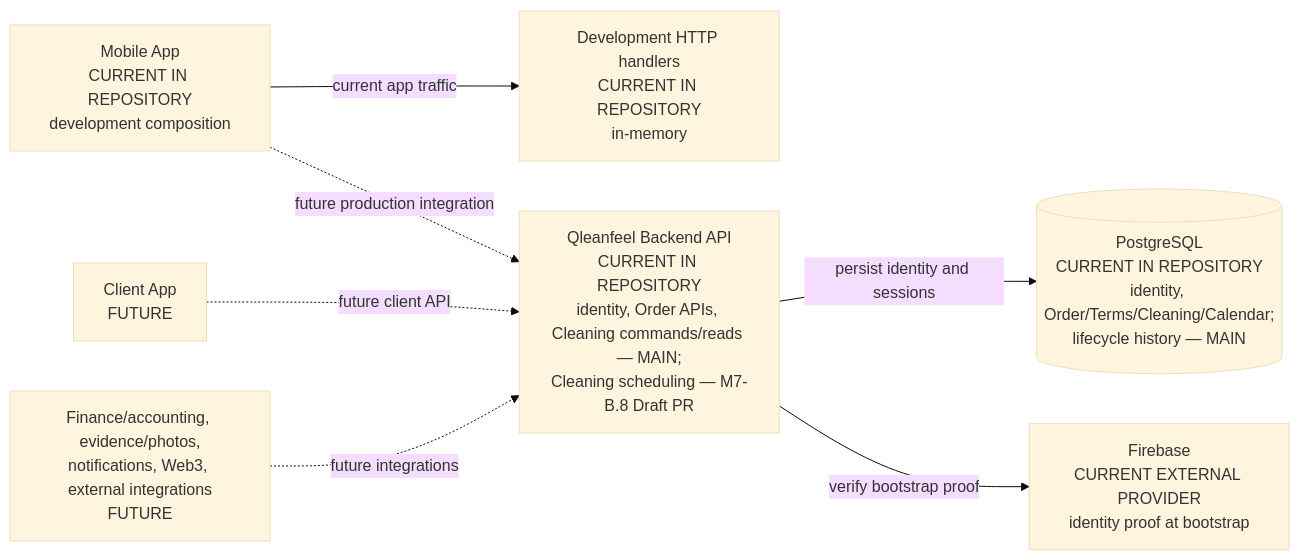
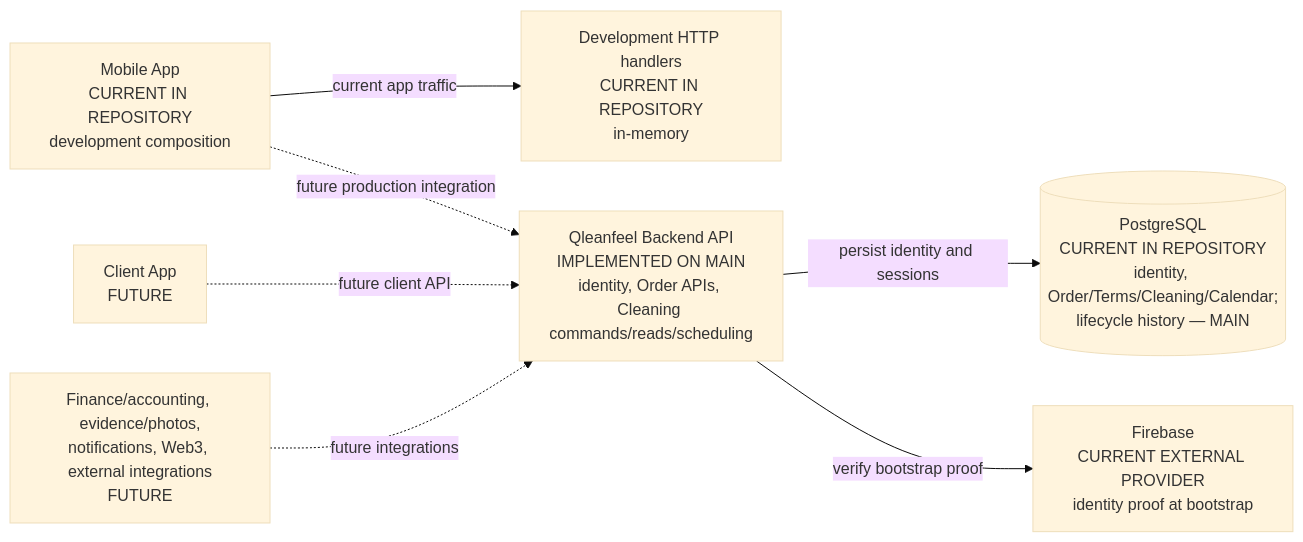
The first of 10 diagrams in docs/ARCHITECTURE_MAP.md (qleanfeel-bot/qleanfeel-rn), drawn with Mermaid (base theme) before and after one commit. The commit also changed other lines of this file and 9 other files, not shown here.

````diff
--- a/docs/ARCHITECTURE_MAP.md
+++ b/docs/ARCHITECTURE_MAP.md
@@ -9,17 +9,17 @@
 ```mermaid
 flowchart LR
   Mobile["Mobile App<br/>CURRENT IN REPOSITORY<br/>development composition"]
   DevHTTP["Development HTTP handlers<br/>CURRENT IN REPOSITORY<br/>in-memory"]
-  Backend["Qleanfeel Backend API<br/>CURRENT IN REPOSITORY<br/>identity, Order APIs, Cleaning commands/reads — MAIN;<br/>Cleaning scheduling — M7-B.8 Draft PR"]
+  Backend["Qleanfeel Backend API<br/>IMPLEMENTED ON MAIN<br/>identity, Order APIs, Cleaning commands/reads/scheduling"]
   DB[("PostgreSQL<br/>CURRENT IN REPOSITORY<br/>identity, Order/Terms/Cleaning/Calendar;<br/>lifecycle history — MAIN")]
   Firebase["Firebase<br/>CURRENT EXTERNAL PROVIDER<br/>identity proof at bootstrap"]
   Client["Client App<br/>FUTURE"]
   Other["Finance/accounting, evidence/photos,<br/>notifications, Web3, external integrations<br/>FUTURE"]
 
   Mobile -->|"current app traffic"| DevHTTP
   Mobile -.->|"future production integration"| Backend
   Backend -->|"persist identity and sessions"| DB
   Backend -->|"verify bootstrap proof"| Firebase
   Client -.->|"future client API"| Backend
   Other -.->|"future integrations"| Backend
 ```
````
